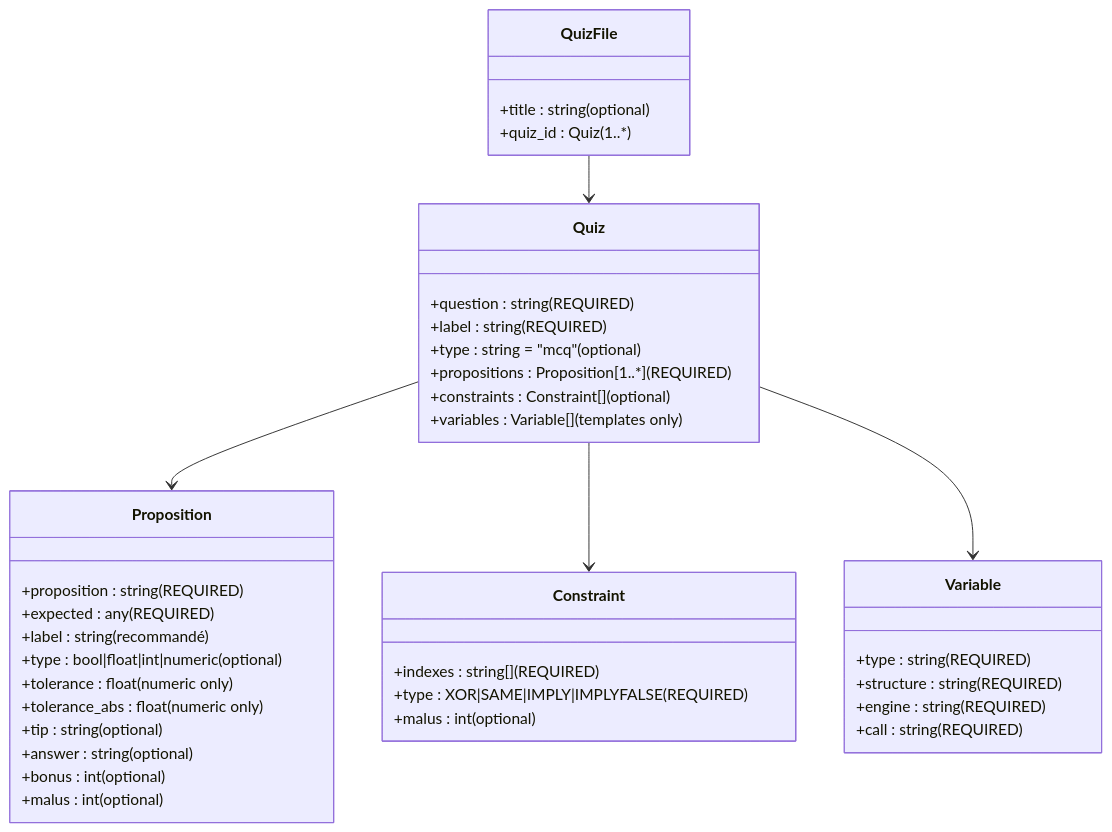
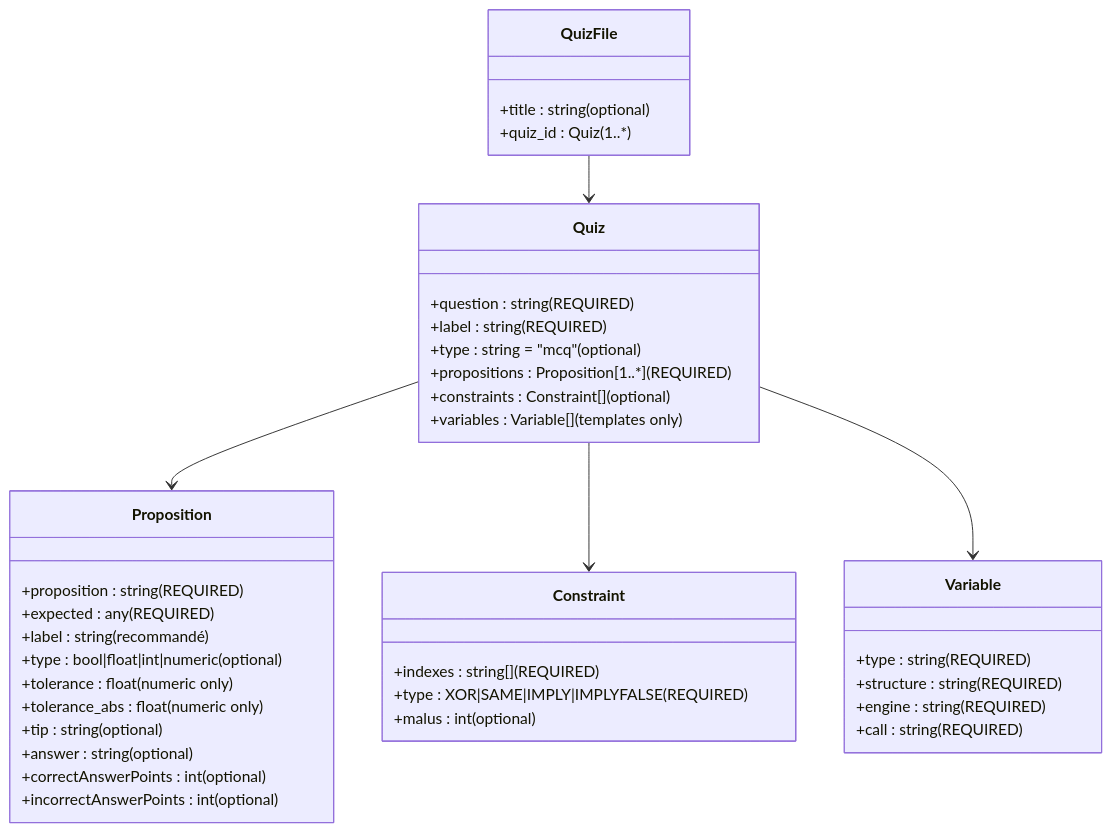
The diagram in docs/labquiz_doc_en.md (jfbercher/labquiz), drawn with Mermaid before and after one commit. The commit also changed other lines of this file and 4 other files, not shown here.

Commit message:
Replace Bonus/Malus system with a correct/incorrectAnswerPoints system -- update docs

````diff
--- a/docs/labquiz_doc_en.md
+++ b/docs/labquiz_doc_en.md
@@ -304,50 +304,50 @@
 ```{mermaid}
 
 classDiagram
 
 class QuizFile {
     +title : string (optional)
     +quiz_id : Quiz (1..*)
 }
 
 class Quiz {
     +question : string (REQUIRED)
     +label : string (REQUIRED)
     +type : string = "mcq" (optional)
     +propositions : Proposition[1..*] (REQUIRED)
     +constraints : Constraint[] (optional)
     +variables : Variable[] (templates only)
 }
 
 class Proposition {
     +proposition : string (REQUIRED)
     +expected : any (REQUIRED)
     +label : string (recommandé)
     +type : bool|float|int|numeric (optional)
     +tolerance : float (numeric only)
     +tolerance_abs : float (numeric only)
     +tip : string (optional)
     +answer : string (optional)
-    +bonus : int (optional)
-    +malus : int (optional)
+    +correctAnswerPoints : int (optional)
+    +incorrectAnswerPoints : int (optional)
 }
 
 class Constraint {
     +indexes : string[] (REQUIRED)
     +type : XOR|SAME|IMPLY|IMPLYFALSE (REQUIRED)
     +malus : int (optional)
 }
 
 class Variable {
     +type : string (REQUIRED)
     +structure : string (REQUIRED)
     +engine : string (REQUIRED)
     +call : string (REQUIRED)
 }
 
 QuizFile --> Quiz
 Quiz --> Proposition
 Quiz --> Constraint
 Quiz --> Variable
 
 ```
````
